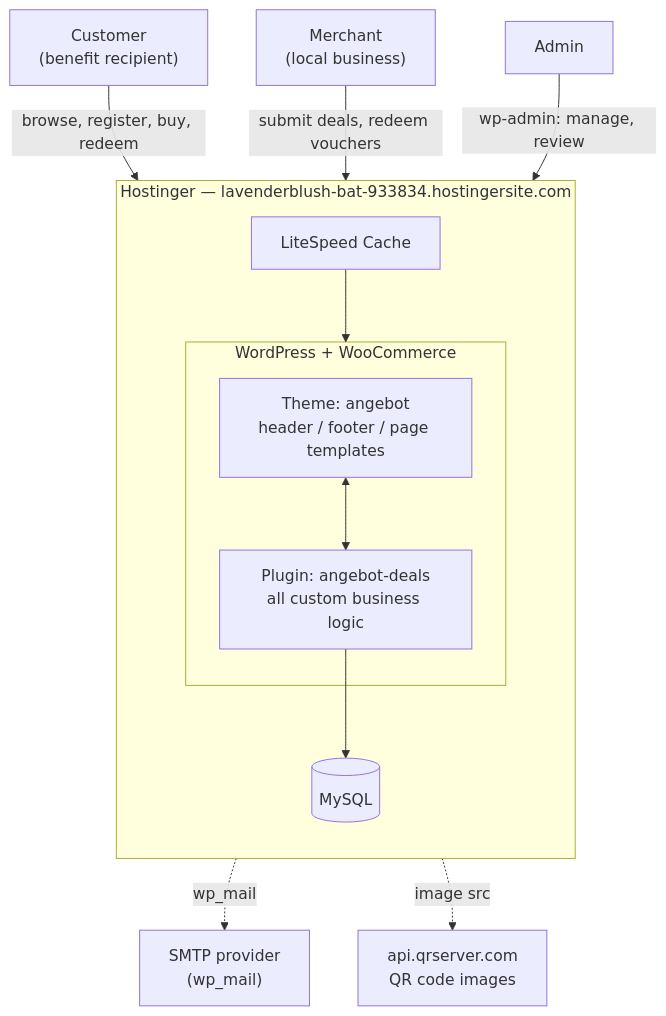
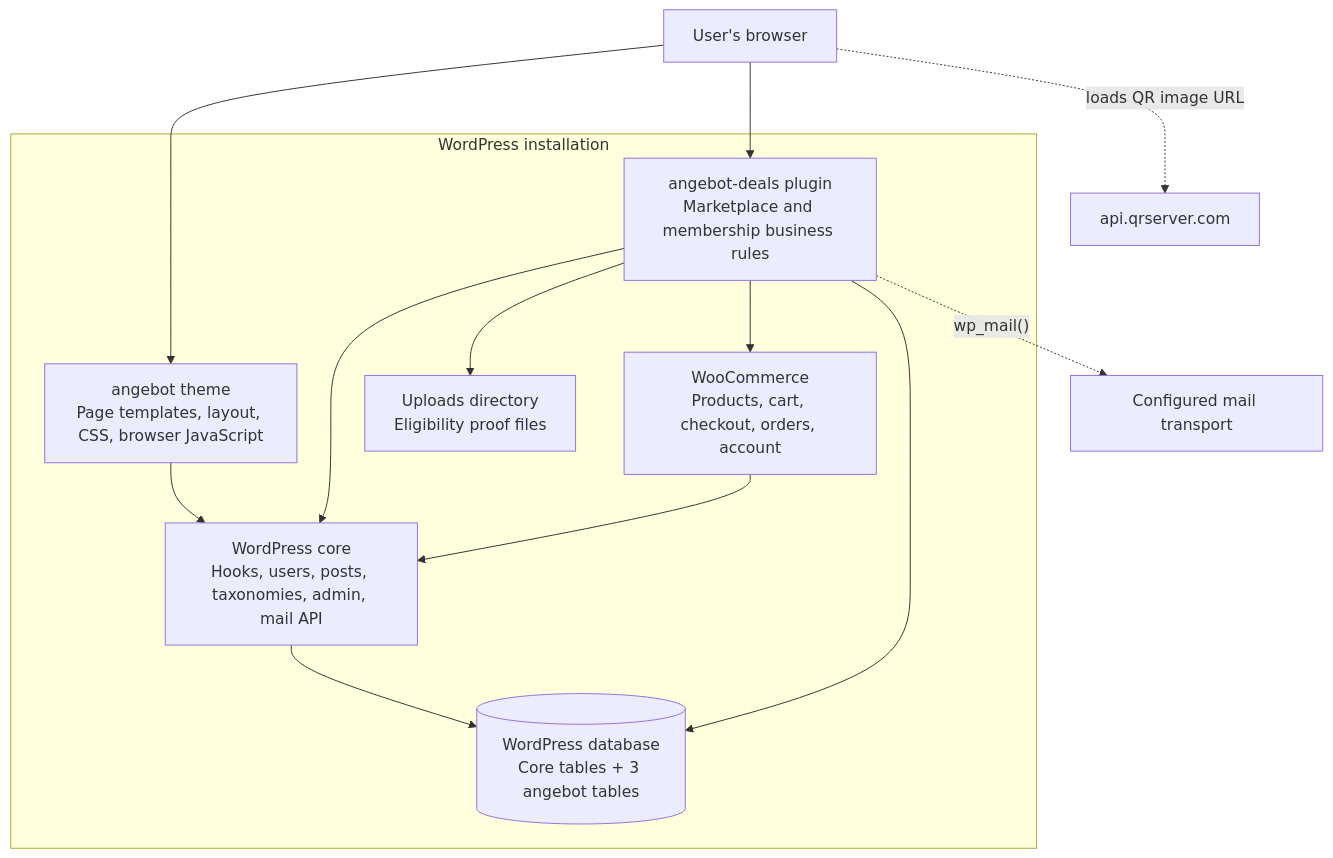
Before and after one commit to 3mothman/angebote-web: the second of 8 diagrams in ARCHITECTURE.md, drawn with Mermaid. The commit also changed other lines of this file and 2 other files, not shown here.

Commit message:
docs: align architecture with implementation

````diff
--- a/ARCHITECTURE.md
+++ b/ARCHITECTURE.md
@@ -19,28 +33,26 @@
 ```mermaid
 flowchart TB
-    Cust["Customer\n(benefit recipient)"]
-    Merch["Merchant\n(local business)"]
-    Admin["Admin"]
+    Browser["User's browser"]
+    subgraph WordPress["WordPress installation"]
+        Theme["angebot theme\nPage templates, layout, CSS, browser JavaScript"]
+        Plugin["angebot-deals plugin\nMarketplace and membership business rules"]
+        WC["WooCommerce\nProducts, cart, checkout, orders, account"]
+        Core["WordPress core\nHooks, users, posts, taxonomies, admin, mail API"]
+        DB[("WordPress database\nCore tables + 3 angebot tables")]
+        Uploads["Uploads directory\nEligibility proof files"]
+    end
+    Mail["Configured mail transport"]
+    QR["api.qrserver.com"]
 
-    subgraph Host["Hostinger — lavenderblush-bat-933834.hostingersite.com"]
-      direction TB
-      subgraph WP["WordPress + WooCommerce"]
-        Theme["Theme: angebot\nheader / footer / page templates"]
-        Plugin["Plugin: angebot-deals\nall custom business logic"]
-      end
-      DB[(MySQL)]
-      Cache["LiteSpeed Cache"]
-    end
-
-    SMTP["SMTP provider\n(wp_mail)"]
-    QR["api.qrserver.com\nQR code images"]
-
-    Cust -->|browse, register, buy, redeem| Cache
-    Merch -->|submit deals, redeem vouchers| Cache
-    Admin -->|wp-admin: manage, review| WP
-    Cache --> WP
-    Theme <--> Plugin
+    Browser --> Theme
+    Browser --> Plugin
+    Theme --> Core
+    Plugin --> Core
+    Plugin --> WC
+    WC --> Core
+    Core --> DB
     Plugin --> DB
-    Plugin -.wp_mail.-> SMTP
-    Plugin -.image src.-> QR
+    Plugin --> Uploads
+    Plugin -. "wp_mail()" .-> Mail
+    Browser -. "loads QR image URL" .-> QR
 ```
````
